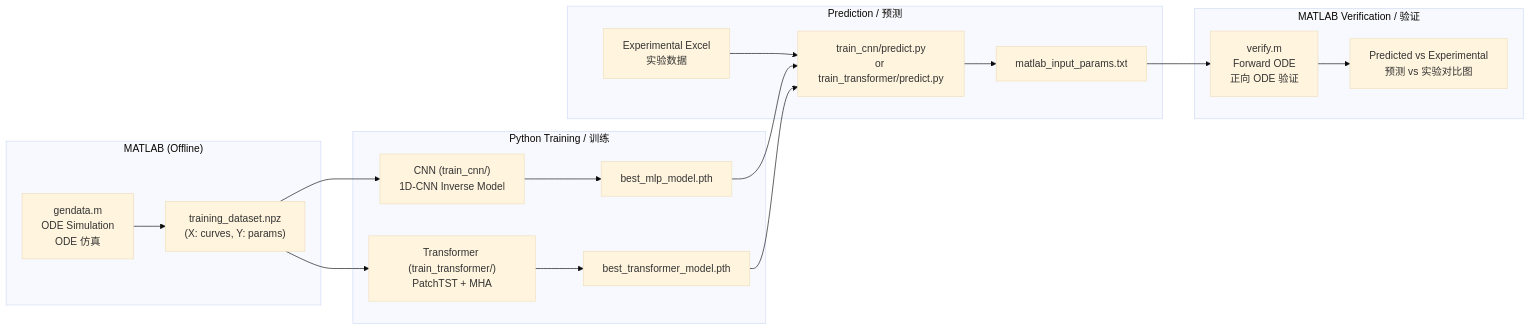
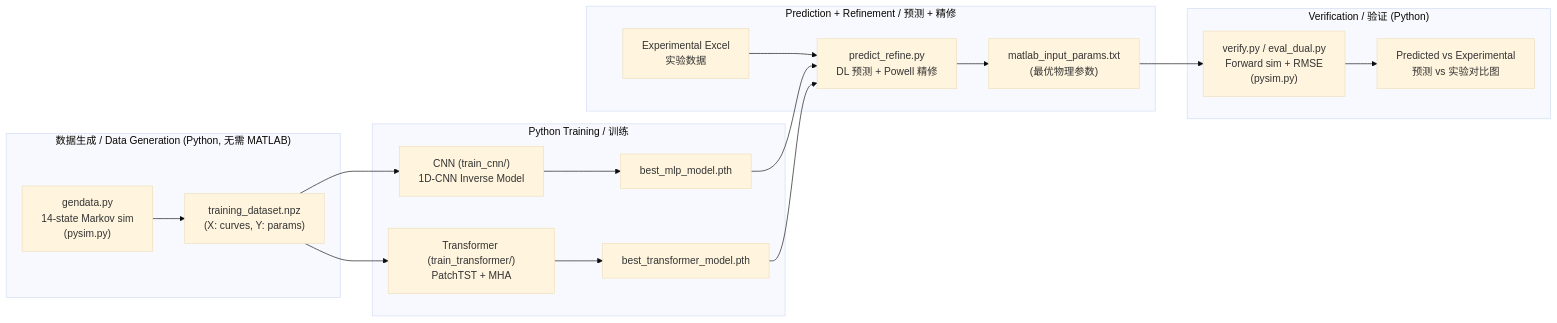
Before and after one commit to GBGBGB780/MechineLearning_for_DNAwalker: the diagram in README.md, drawn with Mermaid (base theme). The commit also changed other lines of this file and 41 other files, not shown here.

````diff
--- a/README.md
+++ b/README.md
@@ -51,25 +97,25 @@
 ```mermaid
 flowchart LR
-    subgraph MATLAB ["MATLAB (Offline)"]
-        A["gendata.m<br/>ODE Simulation<br/>ODE 仿真"] --> B["training_dataset.npz<br/>(X: curves, Y: params)"]
+    subgraph DataGen ["数据生成 / Data Generation (Python, 无需 MATLAB)"]
+        A["gendata.py<br/>14-state Markov sim<br/>(pysim.py)"] --> B["training_dataset.npz<br/>(X: curves, Y: params)"]
     end
 
     subgraph Training ["Python Training / 训练"]
         B --> C["CNN (train_cnn/)<br/>1D-CNN Inverse Model"]
         B --> D["Transformer (train_transformer/)<br/>PatchTST + MHA"]
         C --> E["best_mlp_model.pth"]
         D --> F["best_transformer_model.pth"]
     end
 
-    subgraph Inference ["Prediction / 预测"]
-        G["Experimental Excel<br/>实验数据"] --> H["train_cnn/predict.py<br/>or train_transformer/predict.py"]
+    subgraph Inference ["Prediction + Refinement / 预测 + 精修"]
+        G["Experimental Excel<br/>实验数据"] --> H["predict_refine.py<br/>DL 预测 + Powell 精修"]
         E --> H
         F --> H
-        H --> I["matlab_input_params.txt"]
+        H --> I["matlab_input_params.txt<br/>(最优物理参数)"]
     end
 
-    subgraph Verification ["MATLAB Verification / 验证"]
-        I --> J["verify.m<br/>Forward ODE<br/>正向 ODE 验证"]
+    subgraph Verification ["Verification / 验证 (Python)"]
+        I --> J["verify.py / eval_dual.py<br/>Forward sim + RMSE<br/>(pysim.py)"]
         J --> K["Predicted vs Experimental<br/>预测 vs 实验对比图"]
     end
 ```
````
